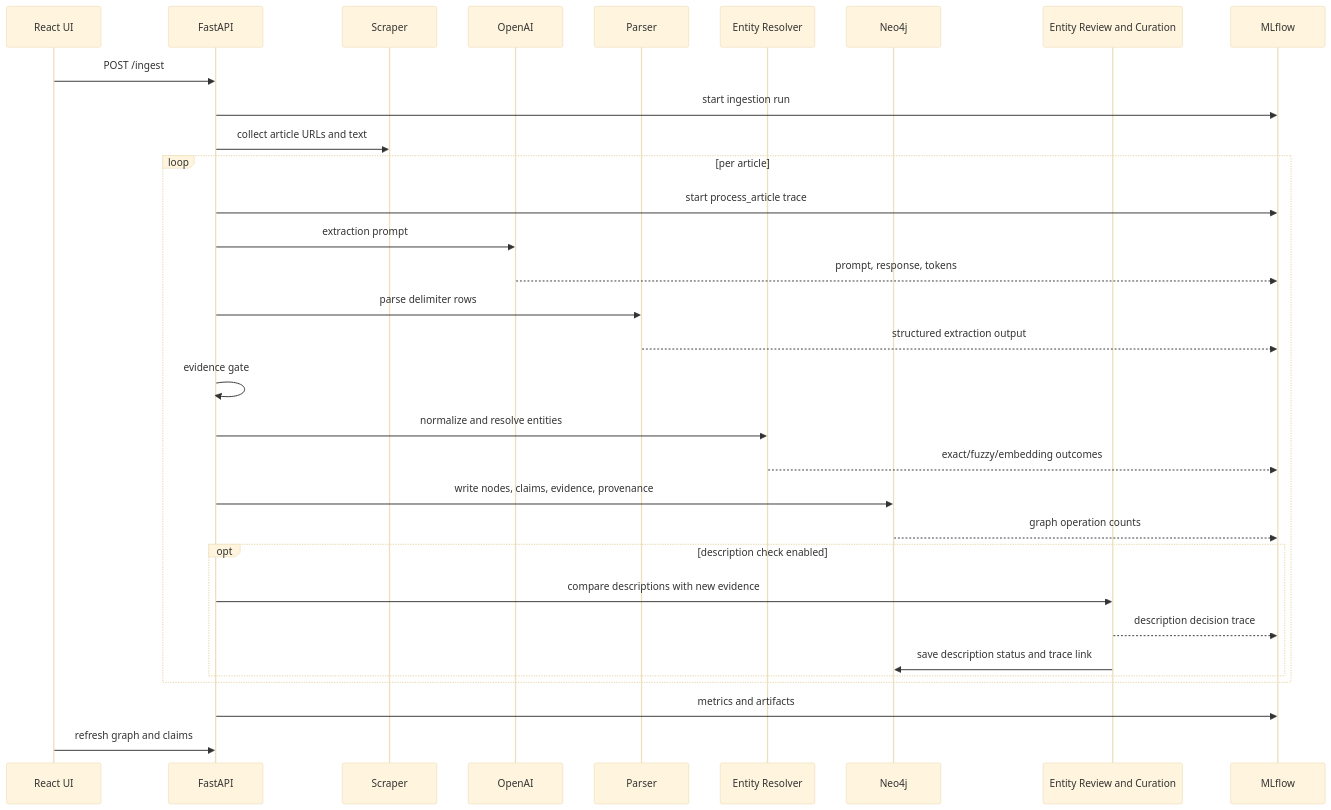
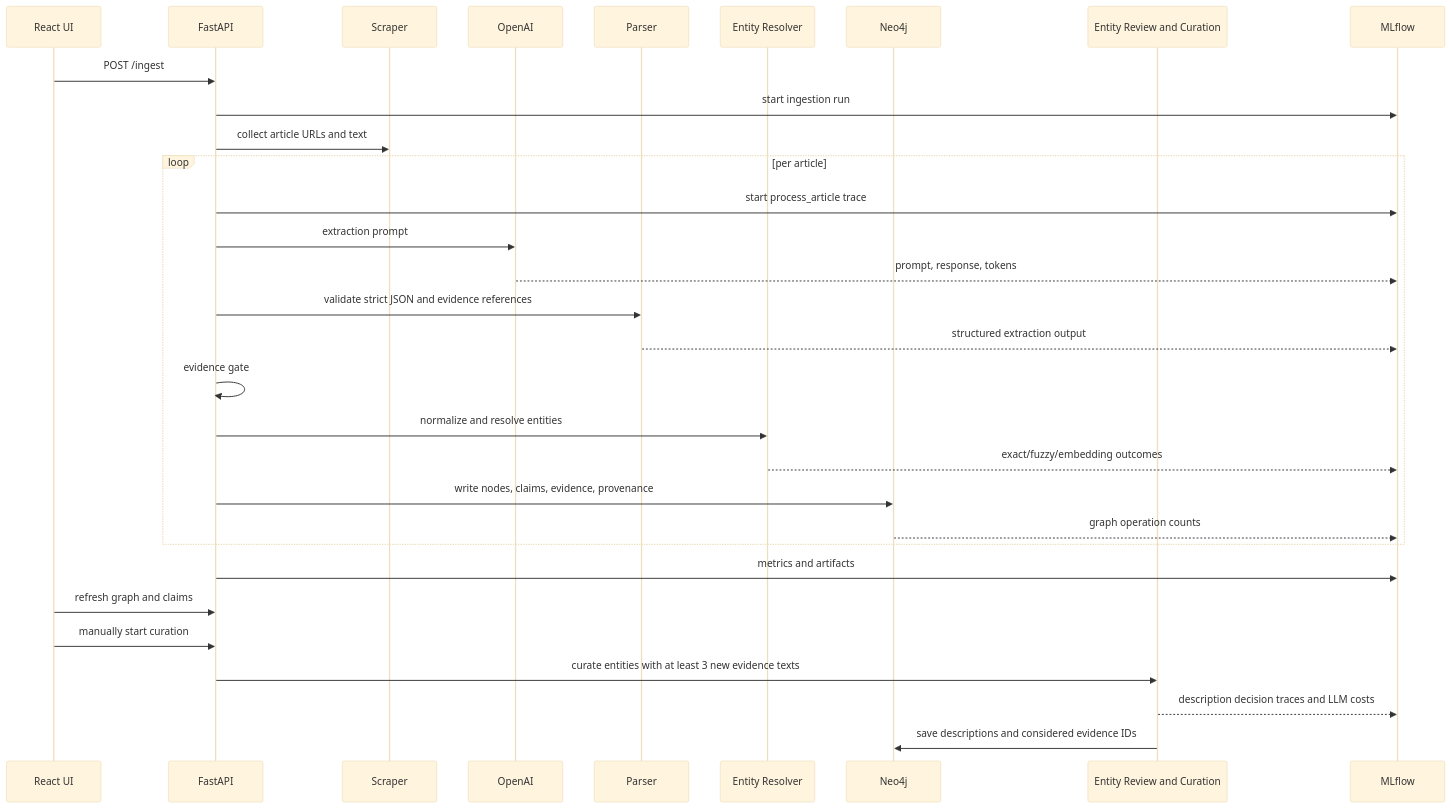
Before and after one commit to chenkel-data/Startup-Radar: the second of 5 diagrams in README.md, drawn with Mermaid (base theme). The commit also changed other lines of this file and 17 other files, not shown here.

````diff
--- a/README.md
+++ b/README.md
@@ -163,37 +169,36 @@
 ```mermaid
 sequenceDiagram
   participant UI as React UI
   participant API as FastAPI
   participant Scraper as Scraper
   participant LLM as OpenAI
   participant Parser as Parser
   participant Resolver as Entity Resolver
   participant Neo4j as Neo4j
   participant Descriptions as Entity Review and Curation
   participant MLflow as MLflow
 
   UI->>API: POST /ingest
   API->>MLflow: start ingestion run
   API->>Scraper: collect article URLs and text
 
   loop per article
     API->>MLflow: start process_article trace
     API->>LLM: extraction prompt
     LLM-->>MLflow: prompt, response, tokens
-    API->>Parser: parse delimiter rows
+    API->>Parser: validate strict JSON and evidence references
     Parser-->>MLflow: structured extraction output
     API->>API: evidence gate
     API->>Resolver: normalize and resolve entities
     Resolver-->>MLflow: exact/fuzzy/embedding outcomes
     API->>Neo4j: write nodes, claims, evidence, provenance
     Neo4j-->>MLflow: graph operation counts
-    opt description check enabled
-      API->>Descriptions: compare descriptions with new evidence
-      Descriptions-->>MLflow: description decision trace
-      Descriptions->>Neo4j: save description status and trace link
-    end
   end
 
   API->>MLflow: metrics and artifacts
   UI->>API: refresh graph and claims
+  UI->>API: manually start curation
+  API->>Descriptions: curate entities with at least 3 new evidence texts
+  Descriptions-->>MLflow: description decision traces and LLM costs
+  Descriptions->>Neo4j: save descriptions and considered evidence IDs
 ```
````
